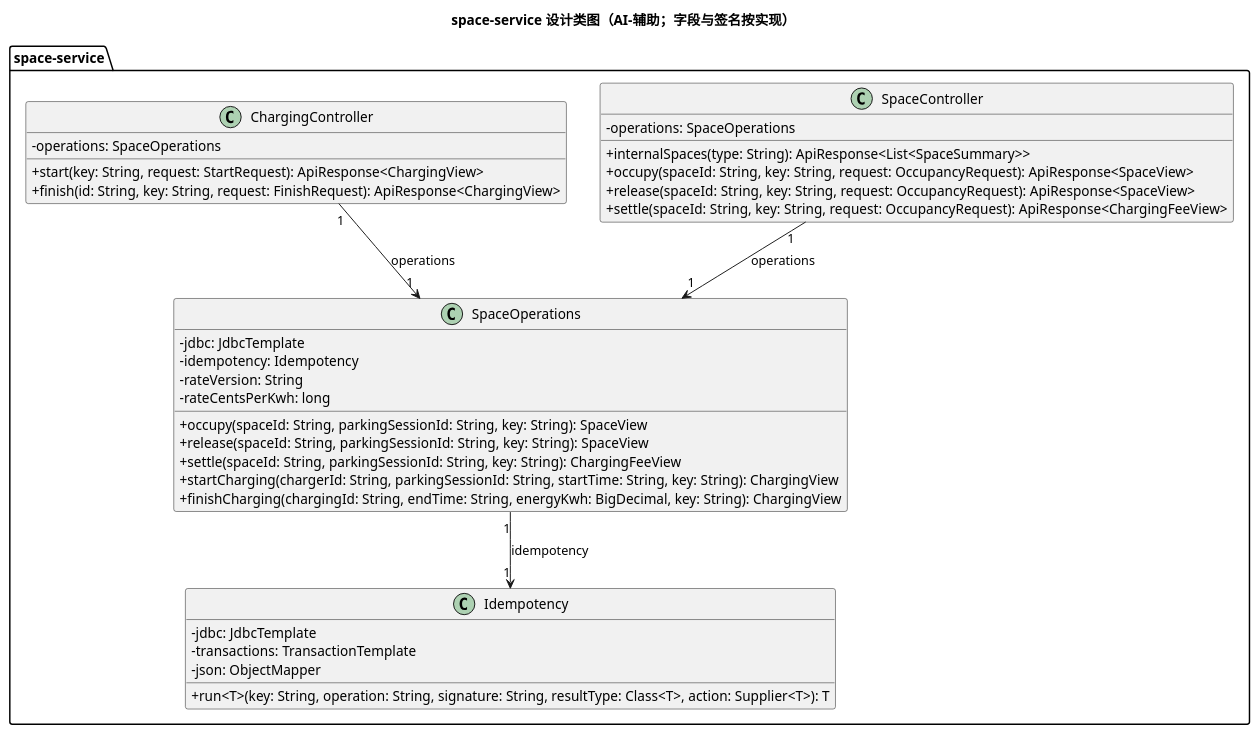
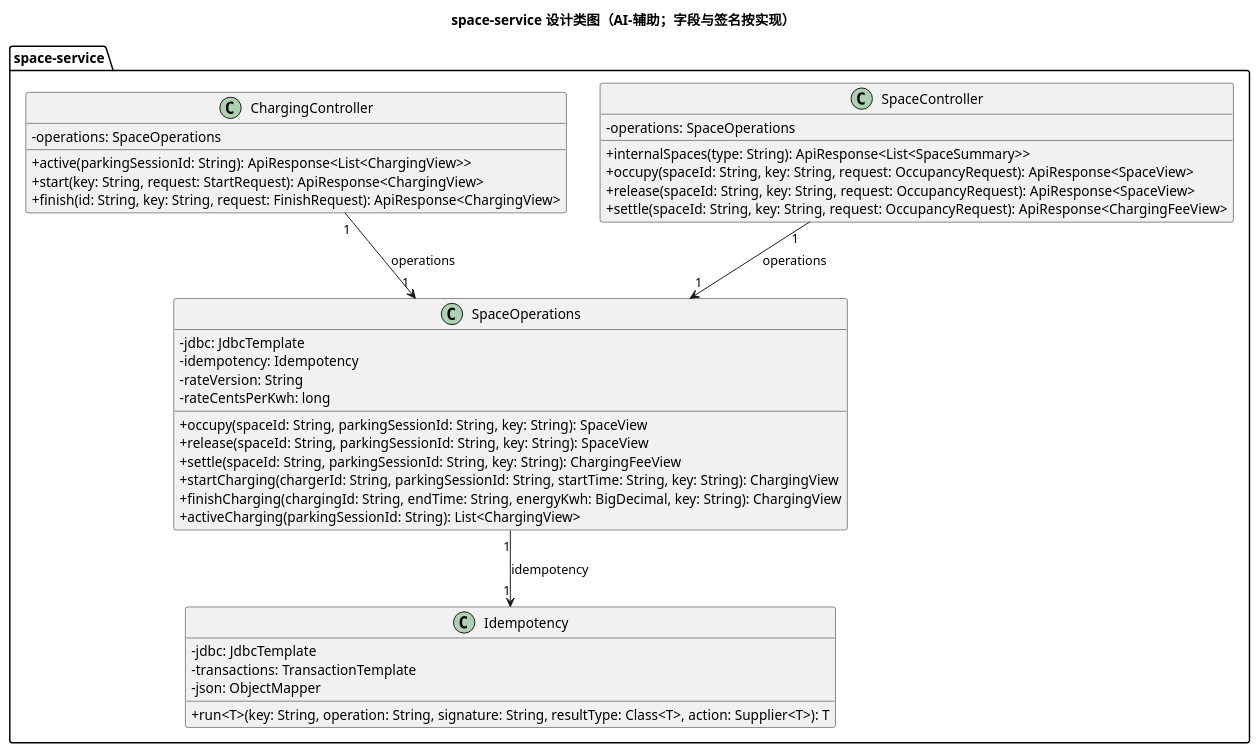
The third of 5 diagrams in models/15-design-classes.puml (Gindama713/UMLWORK), drawn with PlantUML before and after one commit. The commit also changed 9 other files, not shown here.

Commit message:
Restore active charging sessions after page refresh

```diff
--- a/models/15-design-classes.puml
+++ b/models/15-design-classes.puml
@@ -118,38 +118,40 @@
 @startuml
 title space-service 设计类图（AI-辅助；字段与签名按实现）
 skinparam classAttributeIconSize 0
 package "space-service" {
   class SpaceController {
     -operations: SpaceOperations
     +internalSpaces(type: String): ApiResponse<List<SpaceSummary>>
     +occupy(spaceId: String, key: String, request: OccupancyRequest): ApiResponse<SpaceView>
     +release(spaceId: String, key: String, request: OccupancyRequest): ApiResponse<SpaceView>
     +settle(spaceId: String, key: String, request: OccupancyRequest): ApiResponse<ChargingFeeView>
   }
   class ChargingController {
     -operations: SpaceOperations
+    +active(parkingSessionId: String): ApiResponse<List<ChargingView>>
     +start(key: String, request: StartRequest): ApiResponse<ChargingView>
     +finish(id: String, key: String, request: FinishRequest): ApiResponse<ChargingView>
   }
   class SpaceOperations {
     -jdbc: JdbcTemplate
     -idempotency: Idempotency
     -rateVersion: String
     -rateCentsPerKwh: long
     +occupy(spaceId: String, parkingSessionId: String, key: String): SpaceView
     +release(spaceId: String, parkingSessionId: String, key: String): SpaceView
     +settle(spaceId: String, parkingSessionId: String, key: String): ChargingFeeView
     +startCharging(chargerId: String, parkingSessionId: String, startTime: String, key: String): ChargingView
     +finishCharging(chargingId: String, endTime: String, energyKwh: BigDecimal, key: String): ChargingView
+    +activeCharging(parkingSessionId: String): List<ChargingView>
   }
   class Idempotency {
     -jdbc: JdbcTemplate
     -transactions: TransactionTemplate
     -json: ObjectMapper
     +run<T>(key: String, operation: String, signature: String, resultType: Class<T>, action: Supplier<T>): T
   }
   SpaceController "1" --> "1" SpaceOperations : operations
   ChargingController "1" --> "1" SpaceOperations : operations
   SpaceOperations "1" --> "1" Idempotency : idempotency
 }
 @enduml
```
